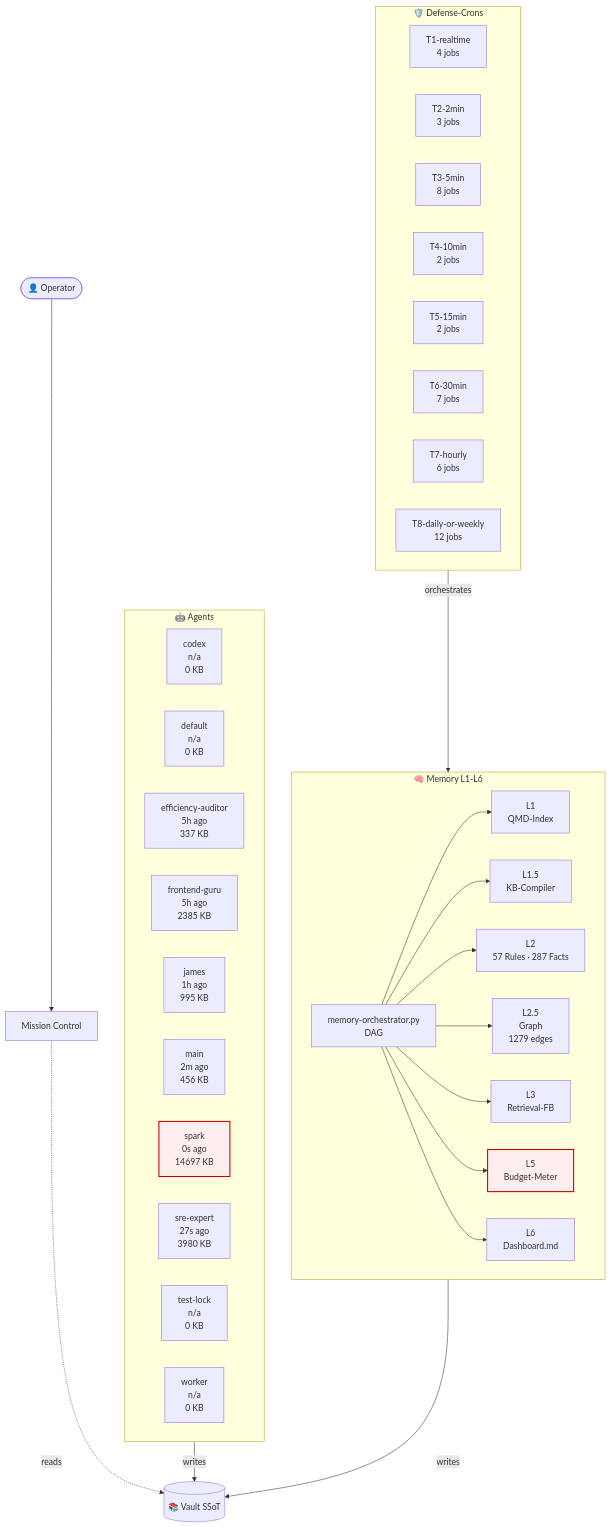
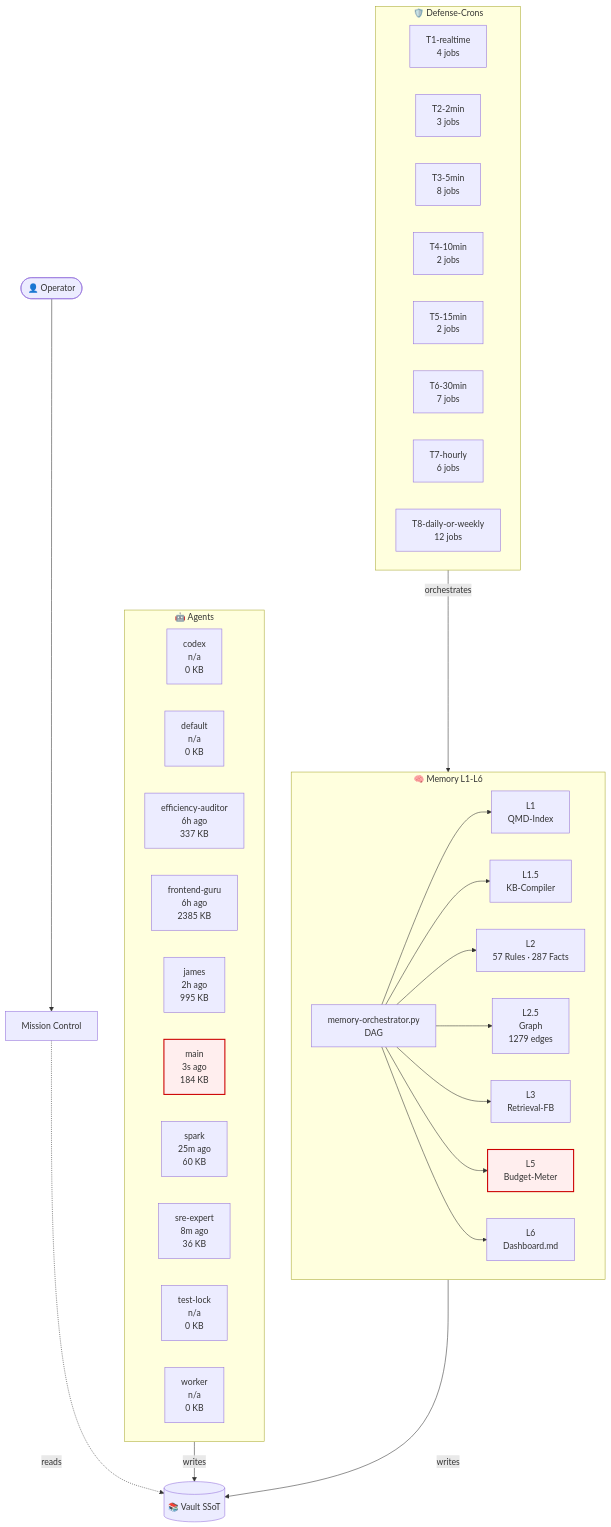
One commit to lenardhuebner88-rgb/openclaw-memory changed the diagram in 03-Agents/architecture-live.md. Above: the diagram before and after it, drawn with Mermaid. The commit also changed other lines of this file and 7 other files, not shown here.

````diff
--- a/03-Agents/architecture-live.md
+++ b/03-Agents/architecture-live.md
@@ -18,53 +18,53 @@
 ```mermaid
 flowchart TB
     classDef critical fill:#fee,stroke:#c00,stroke-width:2px;
     subgraph AGT["🤖 Agents"]
         agent_codex["codex<br/>n/a<br/>0 KB"]
         agent_default["default<br/>n/a<br/>0 KB"]
-        agent_efficiency_auditor["efficiency-auditor<br/>5h ago<br/>337 KB"]
-        agent_frontend_guru["frontend-guru<br/>5h ago<br/>2385 KB"]
-        agent_james["james<br/>1h ago<br/>995 KB"]
-        agent_main["main<br/>2m ago<br/>456 KB"]
-        agent_spark["spark<br/>0s ago<br/>14697 KB"]
-        agent_sre_expert["sre-expert<br/>27s ago<br/>3980 KB"]
+        agent_efficiency_auditor["efficiency-auditor<br/>6h ago<br/>337 KB"]
+        agent_frontend_guru["frontend-guru<br/>6h ago<br/>2385 KB"]
+        agent_james["james<br/>2h ago<br/>995 KB"]
+        agent_main["main<br/>3s ago<br/>184 KB"]
+        agent_spark["spark<br/>25m ago<br/>60 KB"]
+        agent_sre_expert["sre-expert<br/>8m ago<br/>36 KB"]
         agent_test_lock["test-lock<br/>n/a<br/>0 KB"]
         agent_worker["worker<br/>n/a<br/>0 KB"]
     end
     subgraph MEM["🧠 Memory L1-L6"]
         L1["L1<br/>QMD-Index"]
         L15["L1.5<br/>KB-Compiler"]
         L2["L2<br/>57 Rules · 287 Facts"]
         L25["L2.5<br/>Graph<br/>1279 edges"]
         L3["L3<br/>Retrieval-FB"]
         L5["L5<br/>Budget-Meter"]
         L6["L6<br/>Dashboard.md"]
         ORCH["memory-orchestrator.py<br/>DAG"]
     end
     subgraph CRN["🛡️ Defense-Crons"]
         tier_T1_realtime["T1-realtime<br/>4 jobs"]
         tier_T2_2min["T2-2min<br/>3 jobs"]
         tier_T3_5min["T3-5min<br/>8 jobs"]
         tier_T4_10min["T4-10min<br/>2 jobs"]
         tier_T5_15min["T5-15min<br/>2 jobs"]
         tier_T6_30min["T6-30min<br/>7 jobs"]
         tier_T7_hourly["T7-hourly<br/>6 jobs"]
         tier_T8_daily_or_weekly["T8-daily-or-weekly<br/>12 jobs"]
     end
     VAULT[("📚 Vault SSoT")]
     OP([👤 Operator])
     MC["Mission Control"]
     OP --> MC
     MC -.reads.-> VAULT
     AGT -->|writes| VAULT
     MEM -->|writes| VAULT
     ORCH --> L1
     ORCH --> L15
     ORCH --> L2
     ORCH --> L25
     ORCH --> L3
     ORCH --> L5
     ORCH --> L6
     CRN -->|orchestrates| MEM
     class L5 critical
-    class agent_spark critical
+    class agent_main critical
 ```
````
